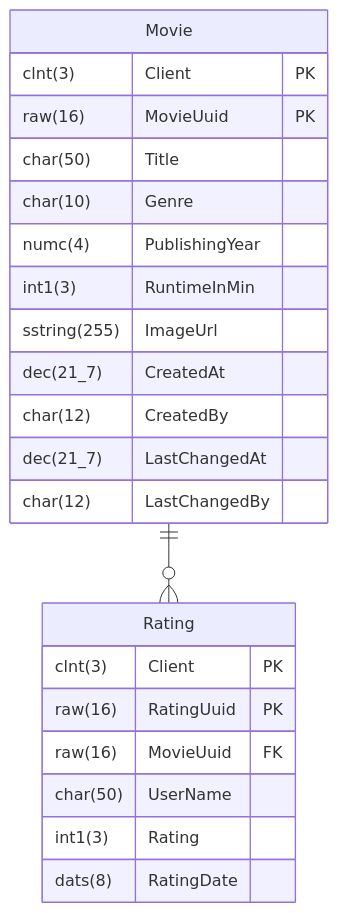
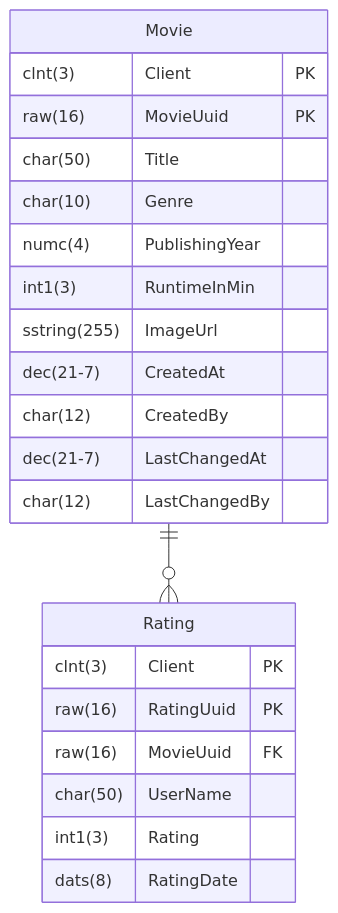
Before and after one commit to appenmaier/abap_movie: the first of 3 diagrams in README.md, drawn with Mermaid. The commit also changed other lines of this file, not shown here.

````diff
--- a/README.md
+++ b/README.md
@@ -7,25 +5,25 @@
 ```mermaid
 erDiagram
    Movie ||--o{ Rating : ""
    Movie {
       clnt(3) Client PK
       raw(16) MovieUuid PK
       char(50) Title
       char(10) Genre
       numc(4) PublishingYear
       int1(3) RuntimeInMin
       sstring(255) ImageUrl
-      dec(21_7) CreatedAt
+      dec(21-7) CreatedAt
       char(12) CreatedBy
-      dec(21_7) LastChangedAt
+      dec(21-7) LastChangedAt
       char(12) LastChangedBy
    }
    Rating {
       clnt(3) Client PK
       raw(16) RatingUuid PK
       raw(16) MovieUuid FK
       char(50) UserName
       int1(3) Rating
       dats(8) RatingDate
    }
 ```
````
